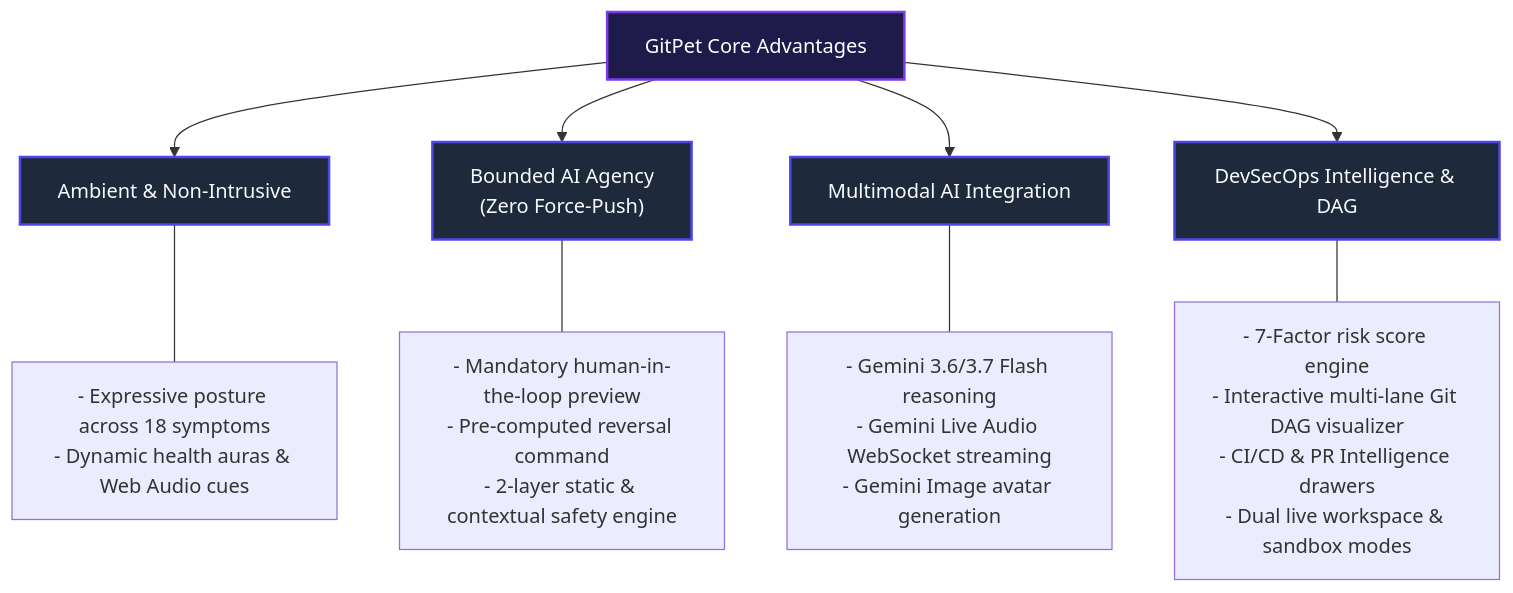
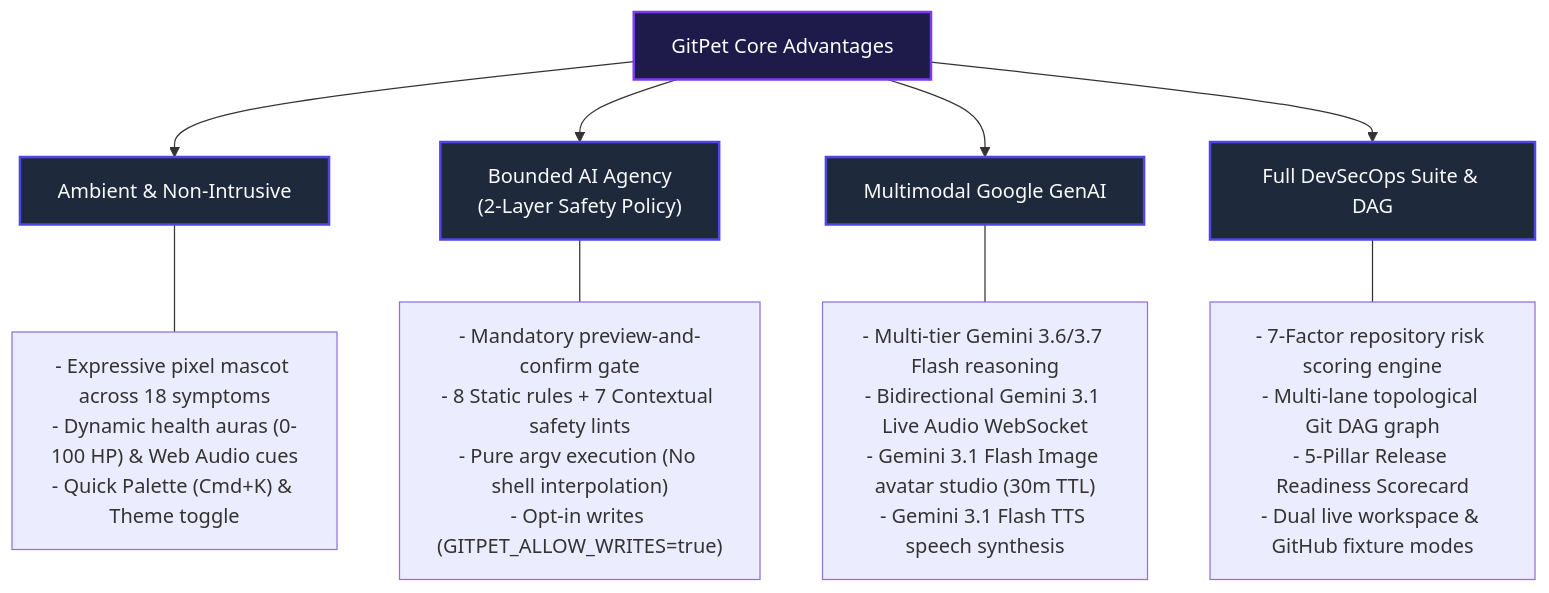
Before and after one commit to lucaswhitaker22/DevOps-for-GenAI---Ottawa-2026---Team-05-Ribbon-Patrol: the first of 4 diagrams in docs/PROJECT_OVERVIEW.md, drawn with Mermaid. The commit also changed other lines of this file and 17 other files, not shown here.

````diff
--- a/docs/PROJECT_OVERVIEW.md
+++ b/docs/PROJECT_OVERVIEW.md
@@ -57,22 +59,22 @@
 ```mermaid
 graph TD
     classDef advantage fill:#1e293b,stroke:#4f46e5,stroke-width:2px,color:#f8fafc;
     classDef header fill:#1e1b4b,stroke:#7c3aed,stroke-width:2px,color:#ffffff;
 
     Title["GitPet Core Advantages"]:::header
 
     Sub1["Ambient & Non-Intrusive"]:::advantage
-    Sub2["Bounded AI Agency<br/>(Zero Force-Push)"]:::advantage
-    Sub3["Multimodal AI Integration"]:::advantage
-    Sub4["DevSecOps Intelligence & DAG"]:::advantage
+    Sub2["Bounded AI Agency<br/>(2-Layer Safety Policy)"]:::advantage
+    Sub3["Multimodal Google GenAI"]:::advantage
+    Sub4["Full DevSecOps Suite & DAG"]:::advantage
 
     Title --> Sub1
     Title --> Sub2
     Title --> Sub3
     Title --> Sub4
 
-    Sub1 --- S1["- Expressive posture across 18 symptoms<br/>- Dynamic health auras & Web Audio cues"]
-    Sub2 --- S2["- Mandatory human-in-the-loop preview<br/>- Pre-computed reversal command<br/>- 2-layer static & contextual safety engine"]
-    Sub3 --- S3["- Gemini 3.6/3.7 Flash reasoning<br/>- Gemini Live Audio WebSocket streaming<br/>- Gemini Image avatar generation"]
-    Sub4 --- S4["- 7-Factor risk score engine<br/>- Interactive multi-lane Git DAG visualizer<br/>- CI/CD & PR Intelligence drawers<br/>- Dual live workspace & sandbox modes"]
+    Sub1 --- S1["- Expressive pixel mascot across 18 symptoms<br/>- Dynamic health auras (0-100 HP) & Web Audio cues<br/>- Quick Palette (Cmd+K) & Theme toggle"]
+    Sub2 --- S2["- Mandatory preview-and-confirm gate<br/>- 8 Static rules + 7 Contextual safety lints<br/>- Pure argv execution (No shell interpolation)<br/>- Opt-in writes (GITPET_ALLOW_WRITES=true)"]
+    Sub3 --- S3["- Multi-tier Gemini 3.6/3.7 Flash reasoning<br/>- Bidirectional Gemini 3.1 Live Audio WebSocket<br/>- Gemini 3.1 Flash Image avatar studio (30m TTL)<br/>- Gemini 3.1 Flash TTS speech synthesis"]
+    Sub4 --- S4["- 7-Factor repository risk scoring engine<br/>- Multi-lane topological Git DAG graph<br/>- 5-Pillar Release Readiness Scorecard<br/>- Dual live workspace & GitHub fixture modes"]
 ```
````
